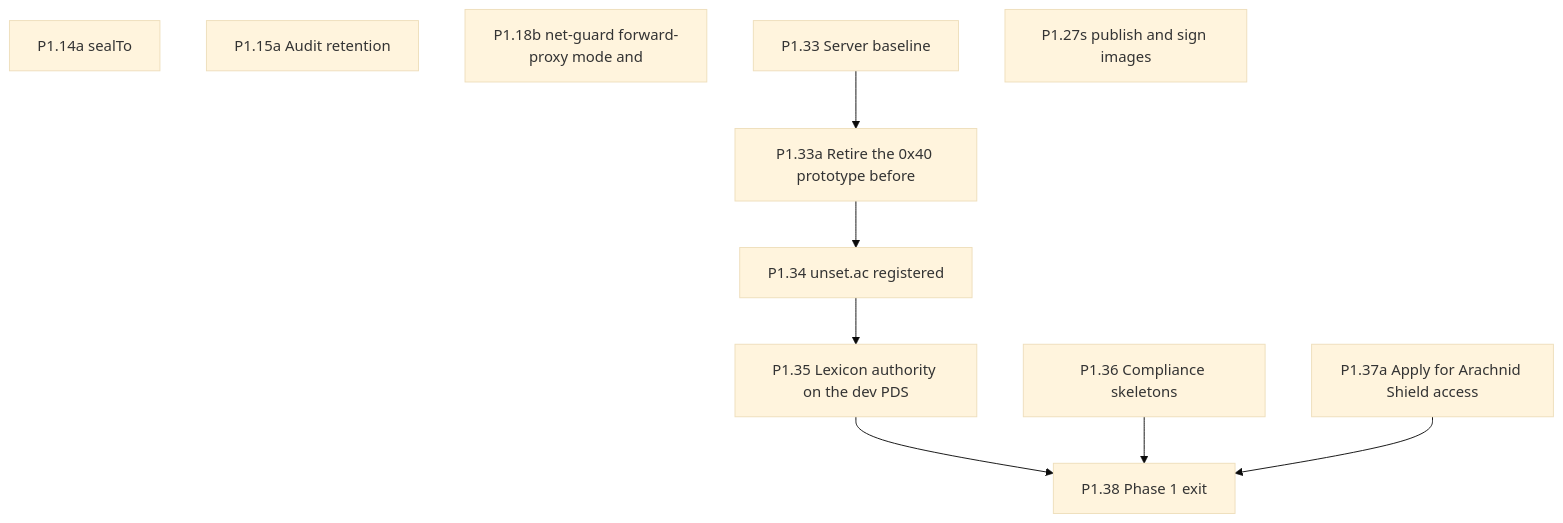
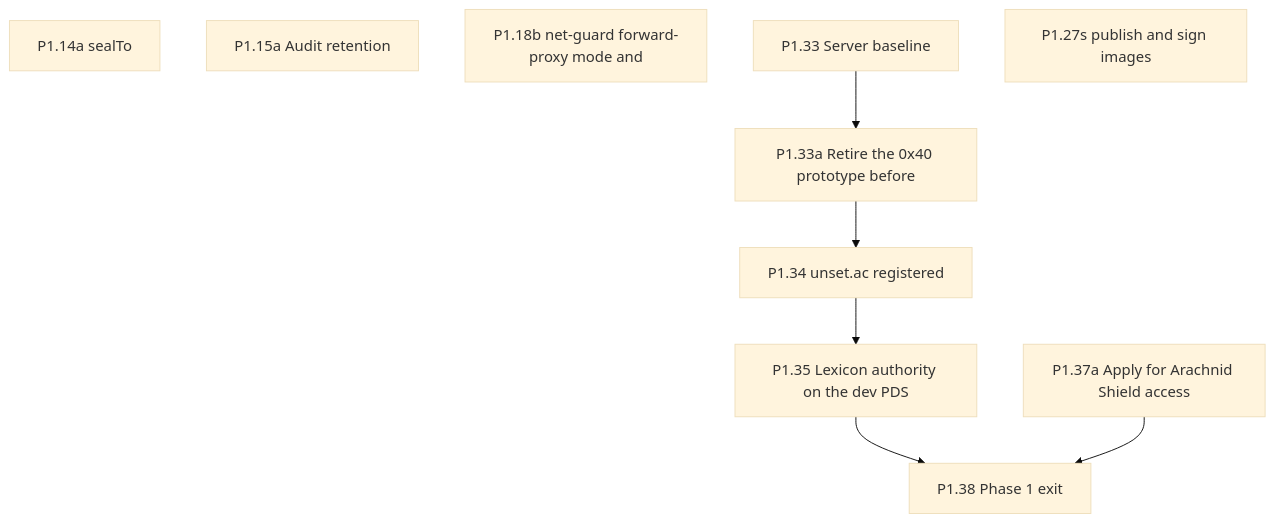
The fourth of 11 diagrams in docs/ai/book/01-outline.md (Undefined6799/unset), drawn with Mermaid (base theme) before and after one commit. The commit also changed other lines of this file and 1 other file, not shown here.

````diff
--- a/docs/ai/book/01-outline.md
+++ b/docs/ai/book/01-outline.md
@@ -525,20 +530,18 @@
 ```mermaid
 flowchart TD
   P1_14a["P1.14a sealTo"]
   P1_15a["P1.15a Audit retention"]
   P1_18b["P1.18b net-guard forward-proxy mode and"]
   P1_33["P1.33 Server baseline"]
   P1_33a["P1.33a Retire the 0x40 prototype before"]
   P1_34["P1.34 unset.ac registered"]
   P1_35["P1.35 Lexicon authority on the dev PDS"]
   P1_27s["P1.27s publish and sign images"]
-  P1_36["P1.36 Compliance skeletons"]
   P1_37a["P1.37a Apply for Arachnid Shield access"]
   P1_38["P1.38 Phase 1 exit"]
   P1_33 --> P1_33a
   P1_33a --> P1_34
   P1_34 --> P1_35
   P1_35 --> P1_38
-  P1_36 --> P1_38
   P1_37a --> P1_38
 ```
````
